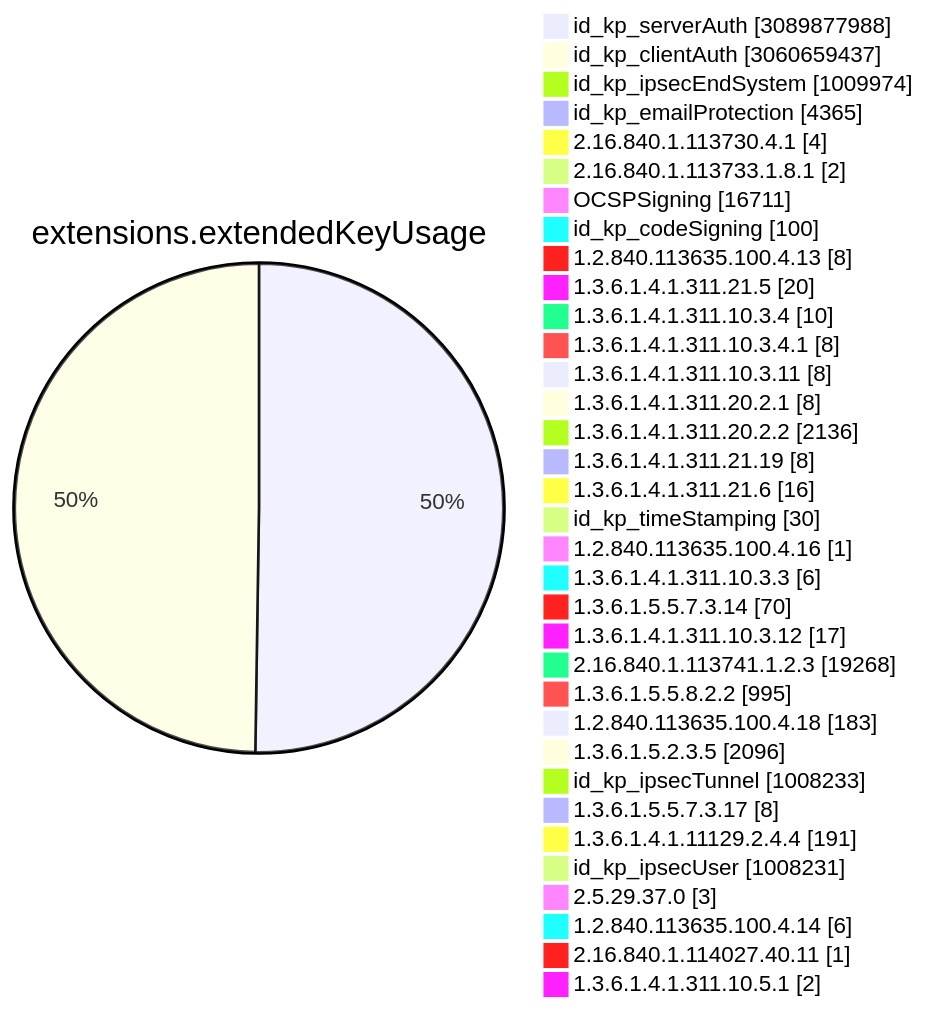
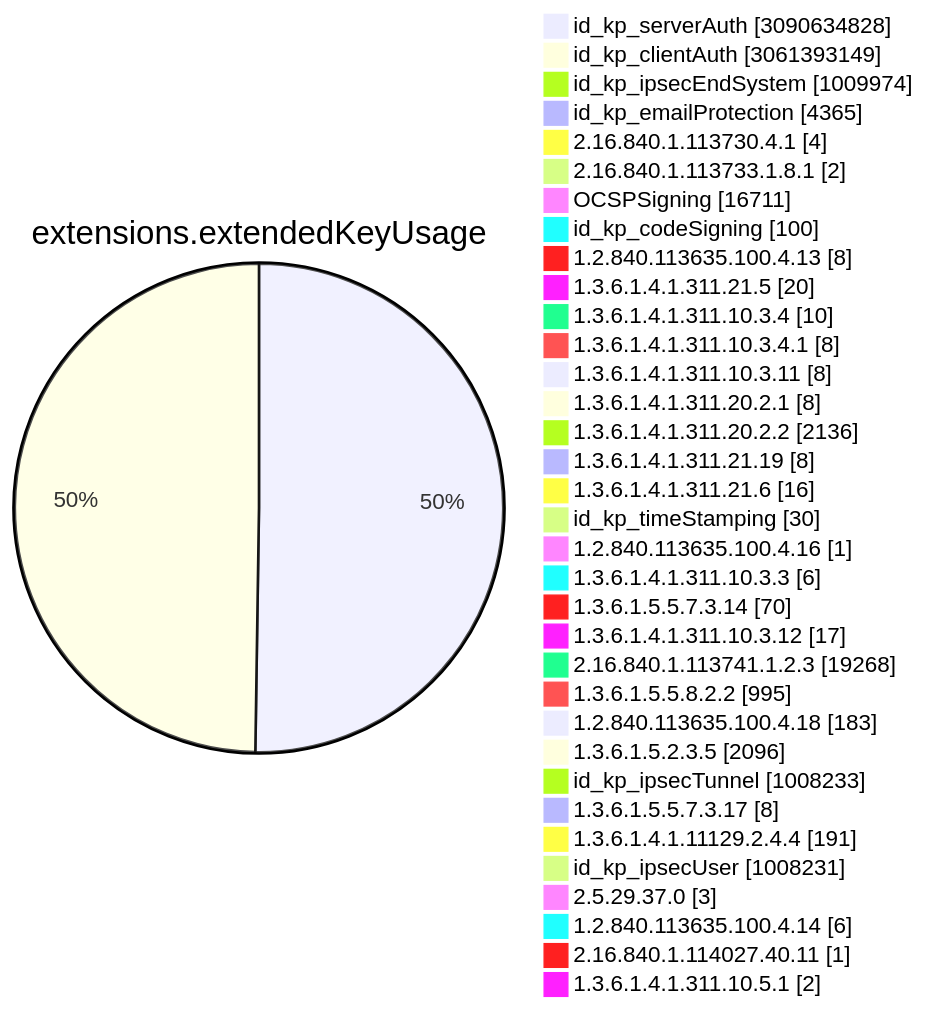
One commit to christiankrug/ctmonitor_visualization changed diagram 11 of 15 in TOTAL/README.md. Above: the diagram before and after it, drawn with Mermaid. The commit also changed other lines of this file, not shown here.

````diff
--- a/TOTAL/README.md
+++ b/TOTAL/README.md
@@ -4117,38 +4117,38 @@
 ```mermaid
 pie showData
 title extensions.extendedKeyUsage
-"id_kp_serverAuth" :3089877988
-"id_kp_clientAuth" :3060659437
+"id_kp_serverAuth" :3090634828
+"id_kp_clientAuth" :3061393149
 "id_kp_ipsecEndSystem" :1009974
 "id_kp_emailProtection" :4365
 "2.16.840.1.113730.4.1" :4
 "2.16.840.1.113733.1.8.1" :2
 "OCSPSigning" :16711
 "id_kp_codeSigning" :100
 "1.2.840.113635.100.4.13" :8
 "1.3.6.1.4.1.311.21.5" :20
 "1.3.6.1.4.1.311.10.3.4" :10
 "1.3.6.1.4.1.311.10.3.4.1" :8
 "1.3.6.1.4.1.311.10.3.11" :8
 "1.3.6.1.4.1.311.20.2.1" :8
 "1.3.6.1.4.1.311.20.2.2" :2136
 "1.3.6.1.4.1.311.21.19" :8
 "1.3.6.1.4.1.311.21.6" :16
 "id_kp_timeStamping" :30
 "1.2.840.113635.100.4.16" :1
 "1.3.6.1.4.1.311.10.3.3" :6
 "1.3.6.1.5.5.7.3.14" :70
 "1.3.6.1.4.1.311.10.3.12" :17
 "2.16.840.1.113741.1.2.3" :19268
 "1.3.6.1.5.5.8.2.2" :995
 "1.2.840.113635.100.4.18" :183
 "1.3.6.1.5.2.3.5" :2096
 "id_kp_ipsecTunnel" :1008233
 "1.3.6.1.5.5.7.3.17" :8
 "1.3.6.1.4.1.11129.2.4.4" :191
 "id_kp_ipsecUser" :1008231
 "2.5.29.37.0" :3
 "1.2.840.113635.100.4.14" :6
 "2.16.840.1.114027.40.11" :1
 "1.3.6.1.4.1.311.10.5.1" :2
 ```
````
